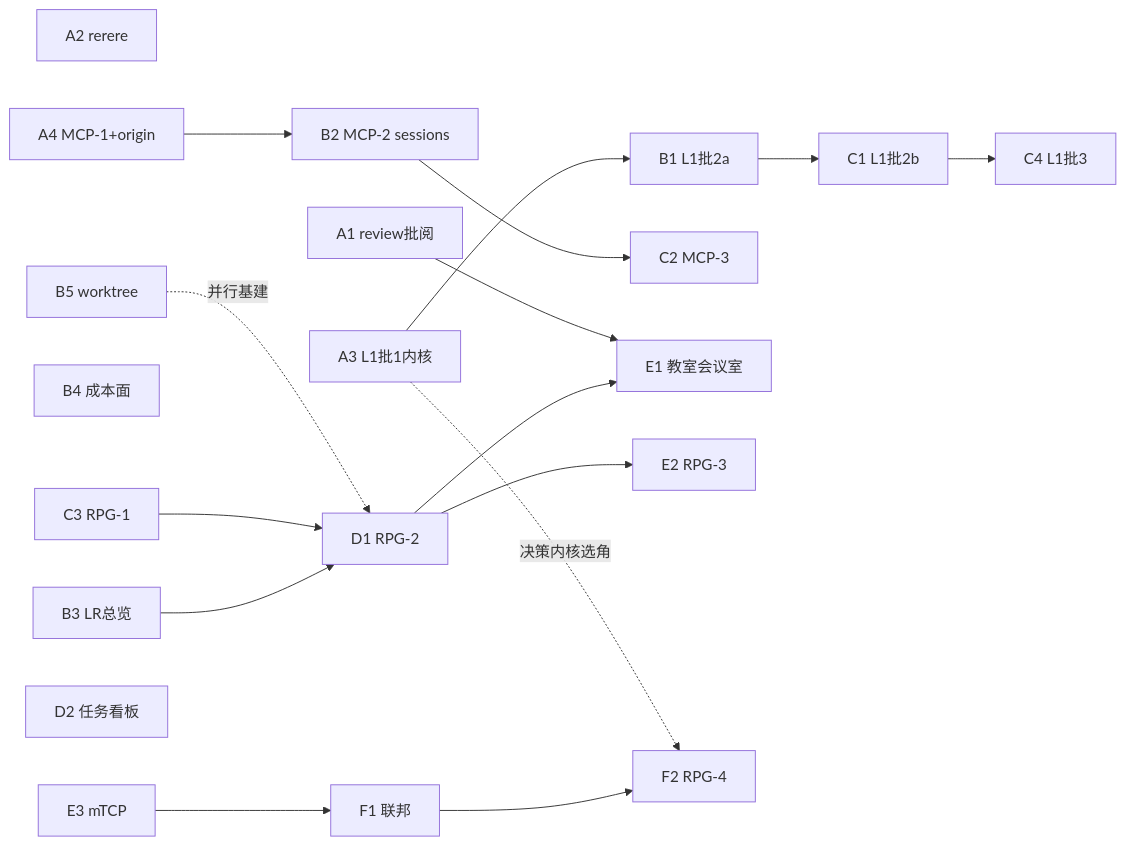
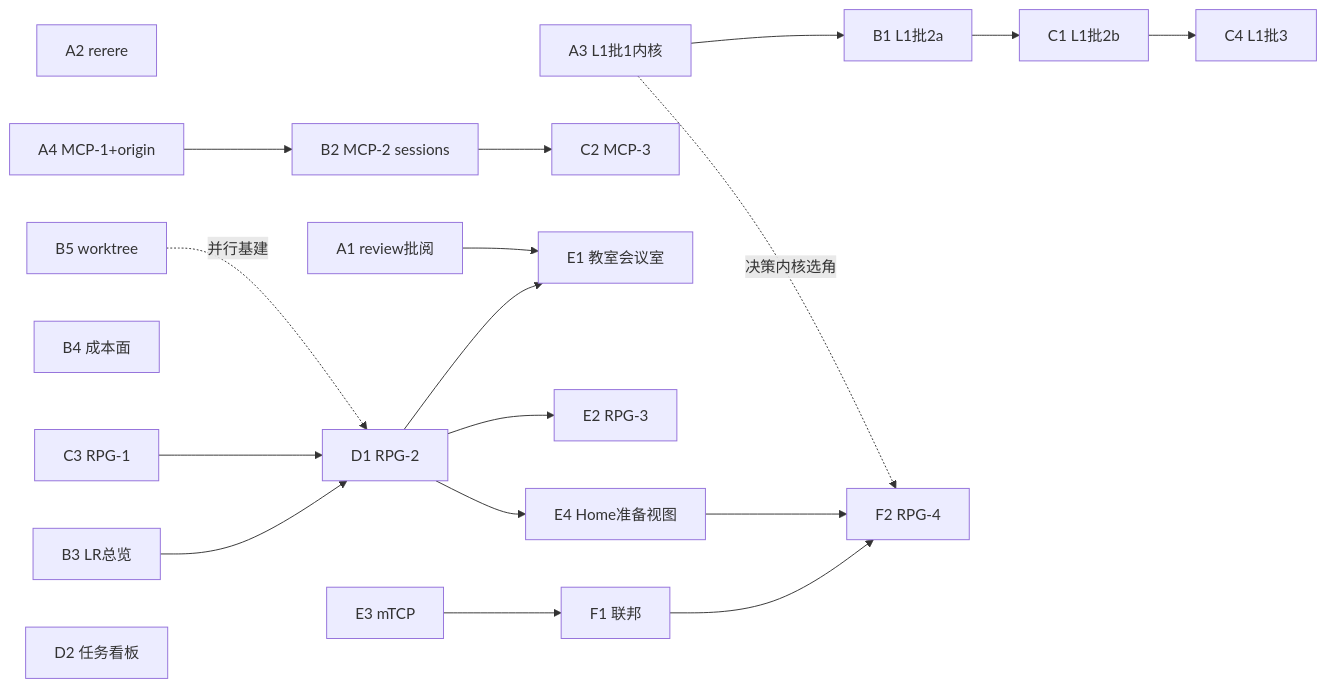
The diagram in docs/roadmap/开发计划总纲.md (zijing66/weave), drawn with Mermaid before and after one commit. The commit also changed other lines of this file and 16 other files, not shown here.

Commit message:
feat: E4——Home 准备视图 + CollabScene 统一协同场景 + 全屏接管 + 内建仓库隐藏项目 + 内置 MCP 收口项目档（user 档退役）+ 文件浏览器三栏状态机全量修复批 + 移动端输入框/预览修复批

````diff
--- a/docs/roadmap/开发计划总纲.md
+++ b/docs/roadmap/开发计划总纲.md
@@ -63,32 +64,35 @@
 ```mermaid
 flowchart LR
     A1[A1 review批阅]
     A2[A2 rerere]
     A3[A3 L1批1内核]:::w0
     A4[A4 MCP-1+origin]:::w0
     B1[B1 L1批2a]:::w1
     B2[B2 MCP-2 sessions]:::w1
     B3[B3 LR总览]:::w1
     B4[B4 成本面]:::w1
     B5[B5 worktree]:::w1
     C1[C1 L1批2b]:::w2
     C2[C2 MCP-3]:::w2
     C3[C3 RPG-1]:::w2
     C4[C4 L1批3]:::w3
     D1[D1 RPG-2]:::w3
     D2[D2 任务看板]:::w3
     E1[E1 教室会议室]:::w4
     E2[E2 RPG-3]:::w4
     E3[E3 mTCP]:::w4
+    E4[E4 Home准备视图]:::w5
     F1[F1 联邦]:::w5
     F2[F2 RPG-4]:::w5
     A3 --> B1 --> C1 --> C4
     A4 --> B2 --> C2
     B3 --> D1 --> E1
     C3 --> D1
     D1 --> E2
+    D1 --> E4
     A1 --> E1
     E3 --> F1 --> F2
+    E4 --> F2
     A3 -.决策内核选角.-> F2
     B5 -.并行基建.-> D1
 ```
````
